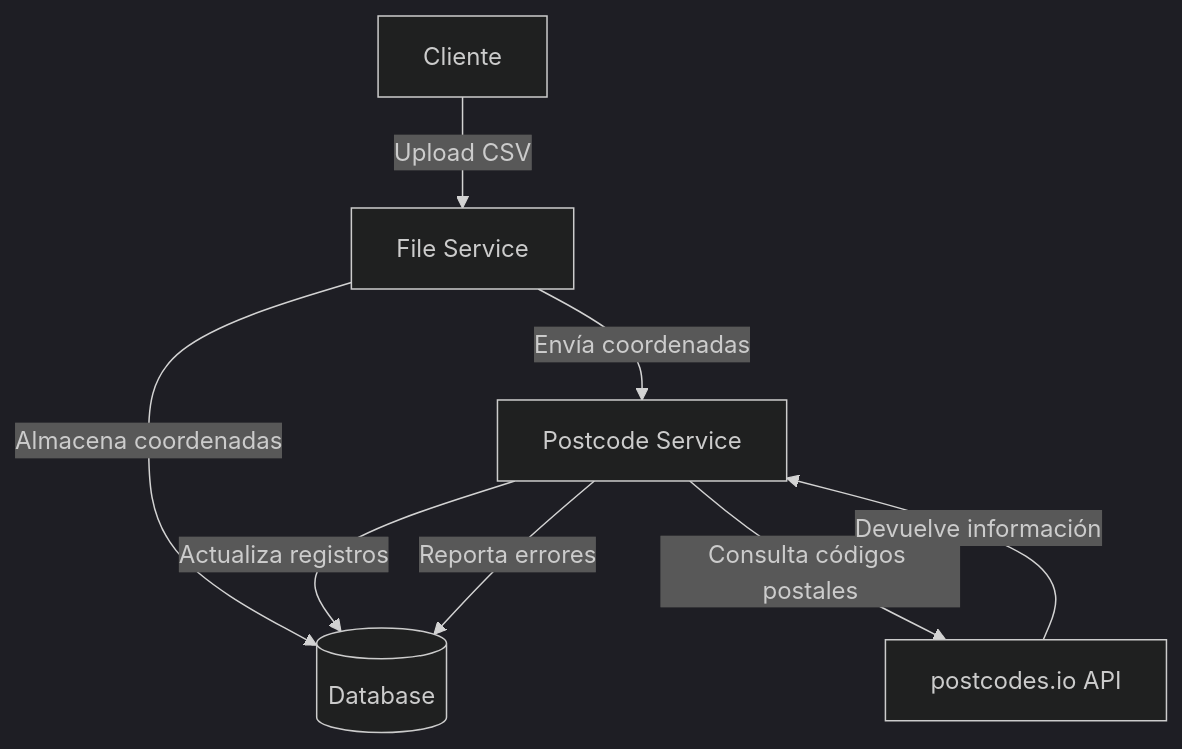
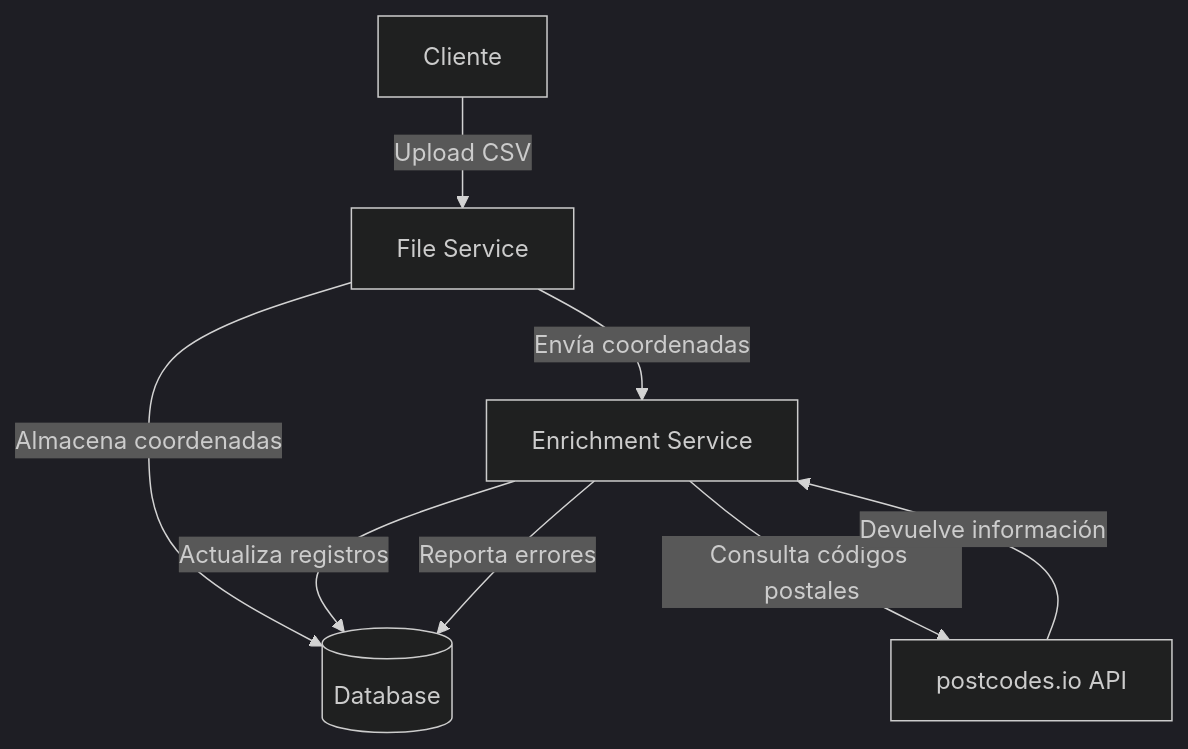
One commit to luisferico/prueba-de changed the diagram in README.md. Above: the diagram before and after it, drawn with Mermaid (dark theme). The commit also changed other lines of this file and 3 other files, not shown here.

````diff
--- a/README.md
+++ b/README.md
@@ -20,10 +20,10 @@
 ```mermaid
 graph TD
     Client[Cliente] -->|Upload CSV| FS[File Service]
     FS -->|Almacena coordenadas| DB[(Database)]
-    FS -->|Envía coordenadas| PS[Postcode Service]
+    FS -->|Envía coordenadas| PS[Enrichment Service]
     PS -->|Consulta códigos postales| API[postcodes.io API]
     API -->|Devuelve información| PS
     PS -->|Actualiza registros| DB
     PS -->|Reporta errores| DB
 ```
````
